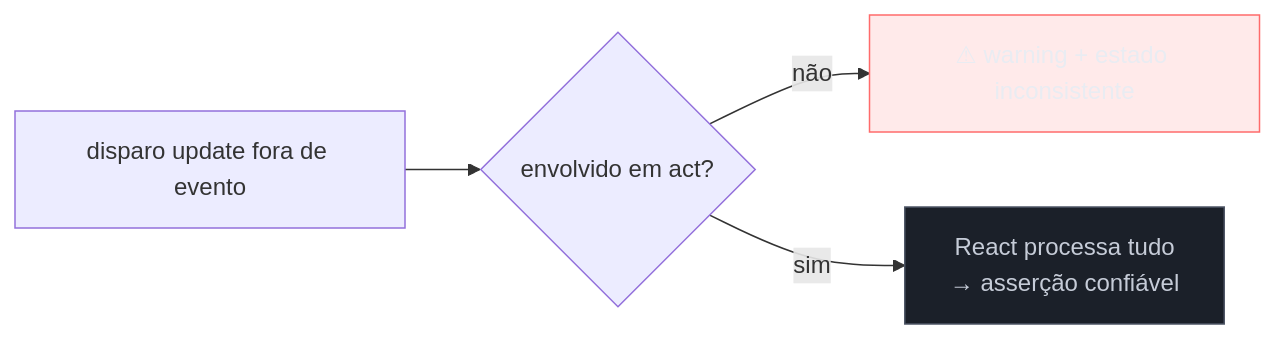
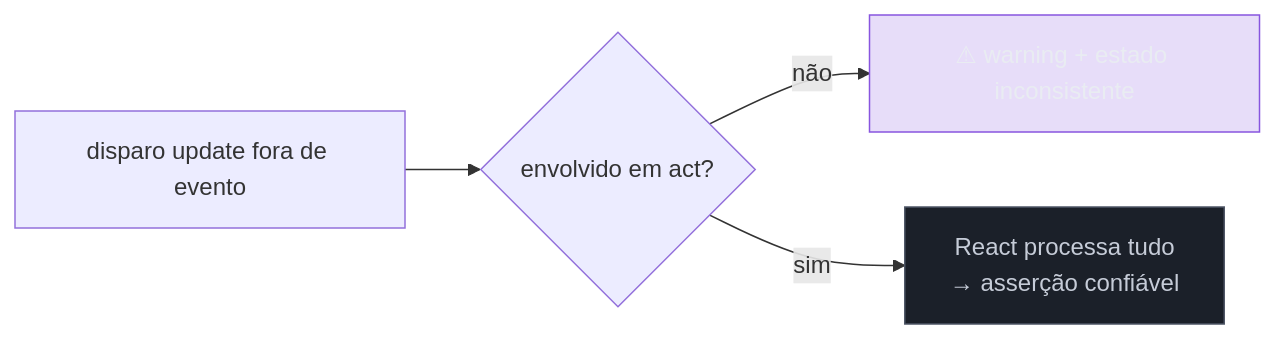
The diagram in 03-Dominios/Tecnologia/Testes JS/10 - Testando hooks e estado.md (josenaldo/codex-technomanticus), drawn with Mermaid before and after one commit. The commit also changed 601 other files, not shown here.

````diff
--- a/03-Dominios/Tecnologia/Testes JS/10 - Testando hooks e estado.md
+++ b/03-Dominios/Tecnologia/Testes JS/10 - Testando hooks e estado.md
@@ -65,10 +65,10 @@
 ```mermaid
 graph LR
-    classDef falha fill:#FF6B6B24,stroke:#FF6B6B,color:#E9ECF2
+    classDef marca fill:#8855DF33,stroke:#8855DF,color:#E9ECF2
     classDef neutro fill:#1B2029,stroke:#4E5666,color:#C6CCD8
     A[disparo update fora de evento] --> B{envolvido em act?}
     B -->|não| C["⚠ warning + estado inconsistente"]
     B -->|sim| D["React processa tudo<br/>→ asserção confiável"]
-    class C falha
+    class C marca
     class D neutro
 ```
````
